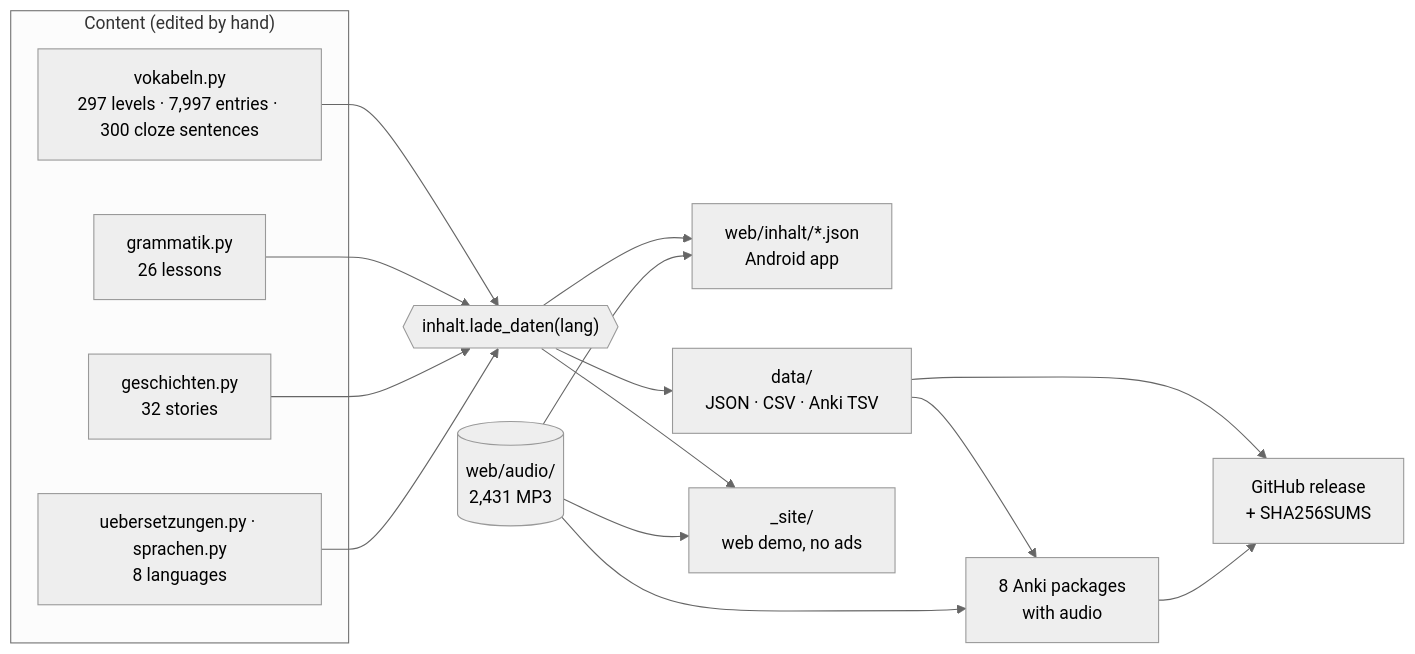
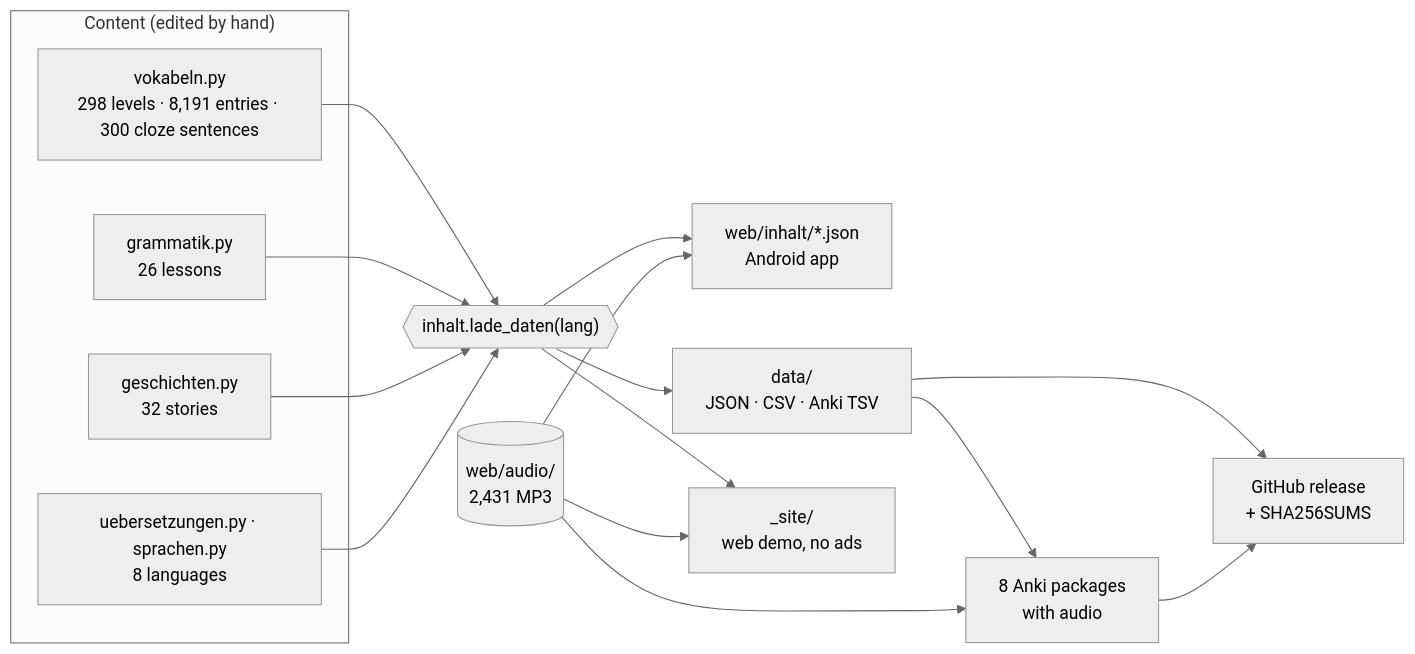
Before and after one commit to zmaj-lernapp/zmaj: the first of 2 diagrams in README.md, drawn with Mermaid (neutral theme). The commit also changed other lines of this file and 81 other files, not shown here.

````diff
--- a/README.md
+++ b/README.md
@@ -133,19 +133,19 @@
 ```mermaid
 flowchart LR
   subgraph src["Content (edited by hand)"]
-    V["vokabeln.py<br/>297 levels · 7,997 entries · 300 cloze sentences"]
+    V["vokabeln.py<br/>298 levels · 8,191 entries · 300 cloze sentences"]
     G["grammatik.py<br/>26 lessons"]
     S["geschichten.py<br/>32 stories"]
     U["uebersetzungen.py · sprachen.py<br/>8 languages"]
   end
   L{{"inhalt.lade_daten(lang)"}}
   V & G & S & U --> L
   A[("web/audio/<br/>2,431 MP3")]
   L --> APP["web/inhalt/*.json<br/>Android app"]
   L --> DS["data/<br/>JSON · CSV · Anki TSV"]
   L --> DEMO["_site/<br/>web demo, no ads"]
   DS --> ANKI["8 Anki packages<br/>with audio"]
   A --> APP & DEMO & ANKI
   DS --> REL["GitHub release<br/>+ SHA256SUMS"]
   ANKI --> REL
 ```
````
